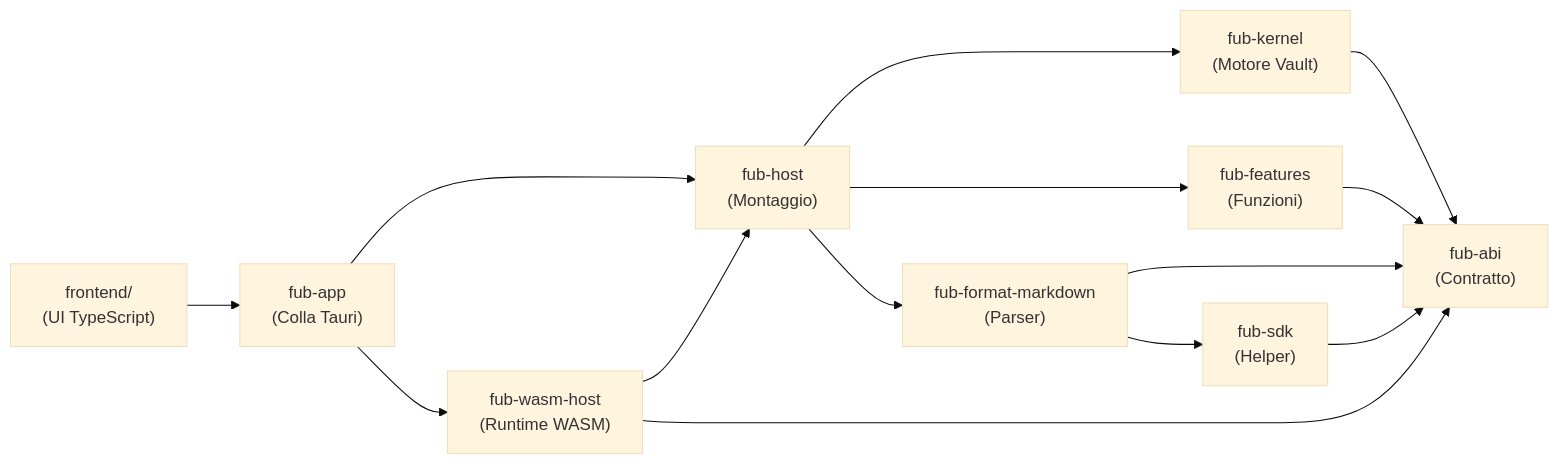
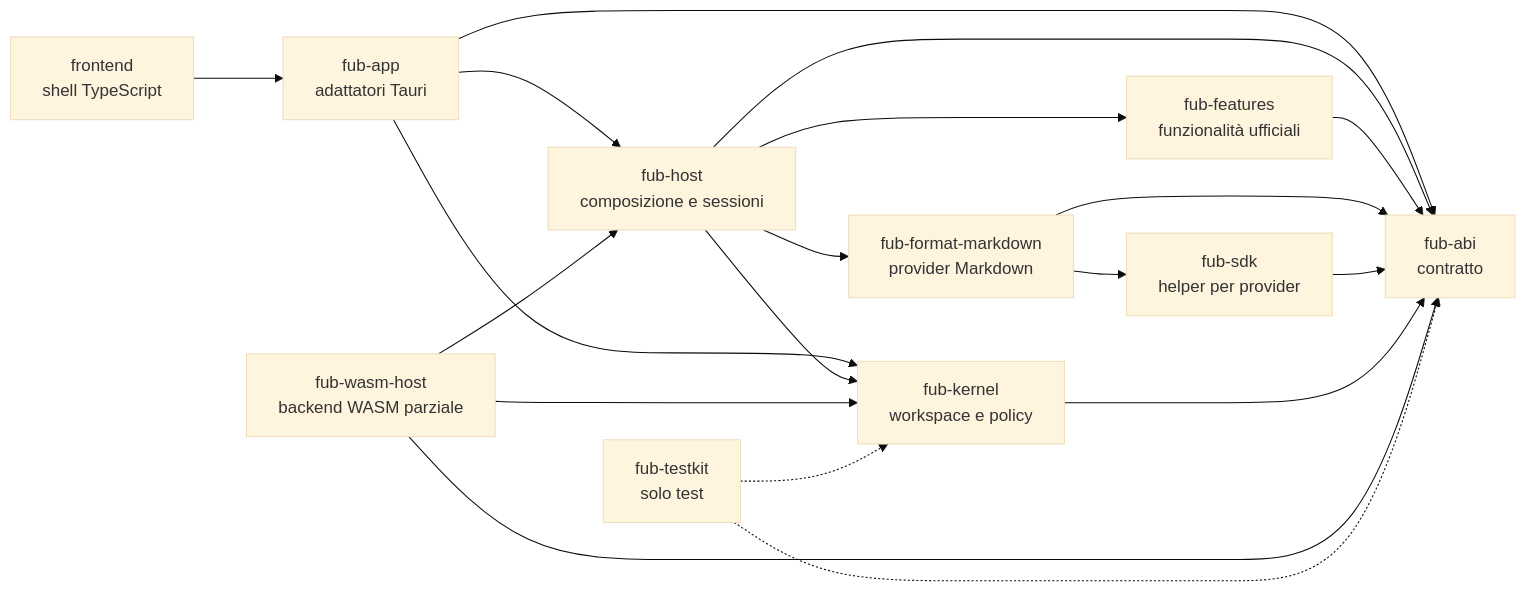
One commit to Fubeo/Fub changed the diagram in docs/02-componenti/01-panoramica.md. Above: the diagram before and after it, drawn with Mermaid (base theme). The commit also changed other lines of this file and 8 other files, not shown here.

````diff
--- a/docs/02-componenti/01-panoramica.md
+++ b/docs/02-componenti/01-panoramica.md
@@ -7,16 +9,25 @@
 ```mermaid
 flowchart LR
-    A["frontend/<br>(UI TypeScript)"] --> B["fub-app<br>(Colla Tauri)"]
-    B --> C["fub-host<br>(Montaggio)"]
-    B --> G["fub-wasm-host<br>(Runtime WASM)"]
-    G --> C
-    C --> D["fub-kernel<br>(Motore Vault)"]
-    C --> E["fub-features<br>(Funzioni)"]
-    C --> F["fub-format-markdown<br>(Parser)"]
-    D --> H["fub-abi<br>(Contratto)"]
-    E --> H
-    F --> H
-    G --> H
-    F --> I["fub-sdk<br>(Helper)"]
-    I --> H
+    UI["frontend<br/>shell TypeScript"] --> App["fub-app<br/>adattatori Tauri"]
+    App --> Host["fub-host<br/>composizione e sessioni"]
+    App --> Kernel["fub-kernel<br/>workspace e policy"]
+    App --> Abi["fub-abi<br/>contratto"]
+
+    Host --> Kernel
+    Host --> Features["fub-features<br/>funzionalità ufficiali"]
+    Host --> Markdown["fub-format-markdown<br/>provider Markdown"]
+    Host --> Abi
+
+    Features --> Abi
+    Markdown --> Abi
+    Markdown --> SDK["fub-sdk<br/>helper per provider"]
+    SDK --> Abi
+    Kernel --> Abi
+
+    Wasm["fub-wasm-host<br/>backend WASM parziale"] --> Host
+    Wasm --> Kernel
+    Wasm --> Abi
+
+    Testkit["fub-testkit<br/>solo test"] -.-> Kernel
+    Testkit -.-> Abi
 ```
````
